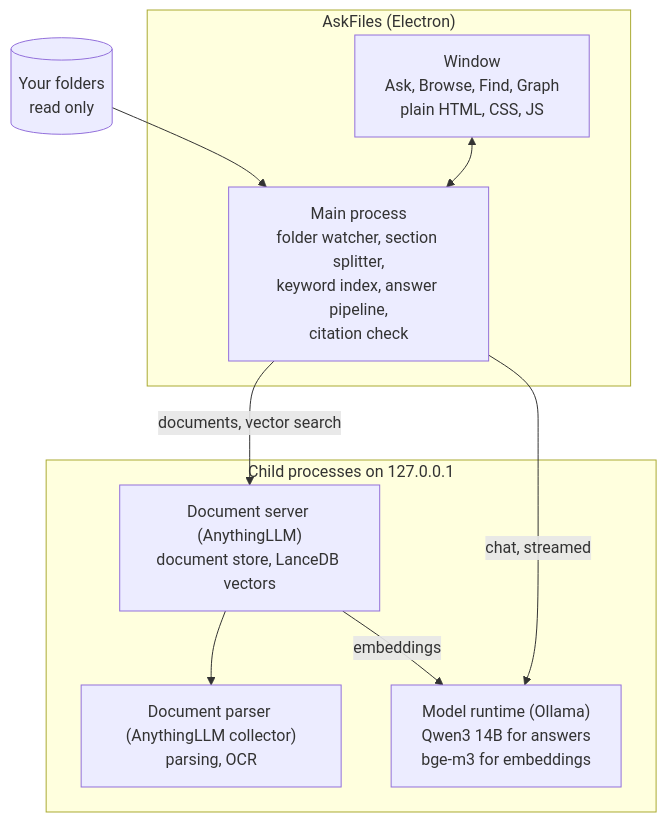
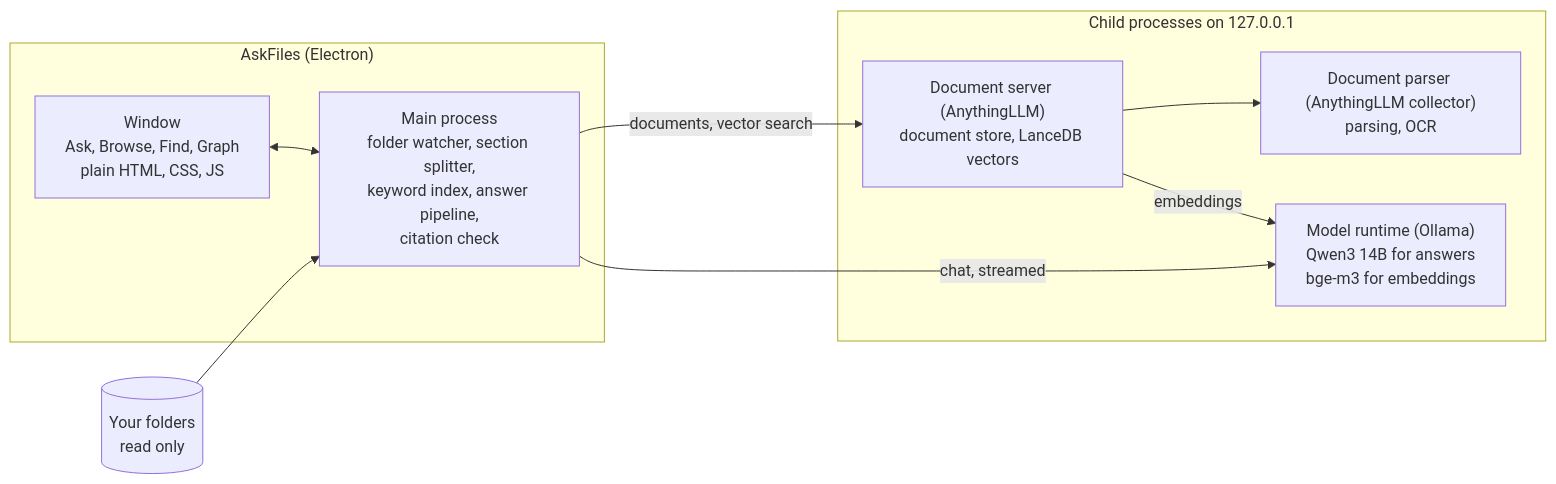
The diagram in README.md (yuan-phd/askfiles), drawn with Mermaid before and after one commit.

Commit message:
README diagram: back to left-to-right and the original line order; diagramPadding 120 so the zoom controls cover only blank space

````diff
--- a/README.md
+++ b/README.md
@@ -50,19 +50,20 @@
 ```mermaid
-flowchart TB
+%%{init: {"flowchart": {"diagramPadding": 120}}}%%
+flowchart LR
   subgraph App["AskFiles (Electron)"]
     UI["Window<br/>Ask, Browse, Find, Graph<br/>plain HTML, CSS, JS"]
     Main["Main process<br/>folder watcher, section splitter,<br/>keyword index, answer pipeline,<br/>citation check"]
   end
   subgraph Local["Child processes on 127.0.0.1"]
     Server["Document server (AnythingLLM)<br/>document store, LanceDB vectors"]
     Collector["Document parser (AnythingLLM collector)<br/>parsing, OCR"]
     Ollama["Model runtime (Ollama)<br/>Qwen3 14B for answers<br/>bge-m3 for embeddings"]
   end
   Files[("Your folders<br/>read only")]
+  UI <--> Main
   Files --> Main
-  UI <--> Main
   Main -- "documents, vector search" --> Server
   Server --> Collector
   Server -- embeddings --> Ollama
   Main -- "chat, streamed" --> Ollama
 ```
````
